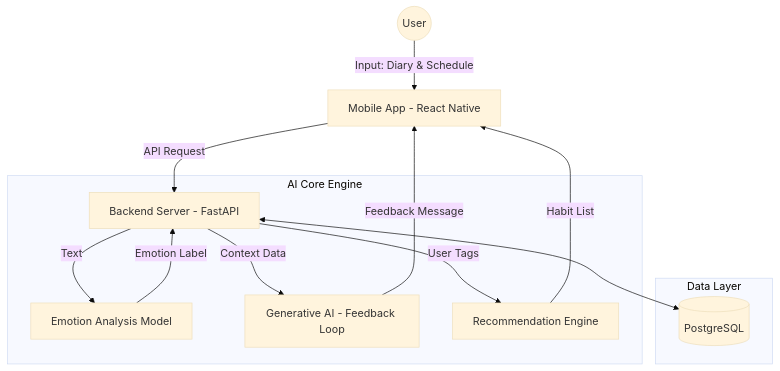
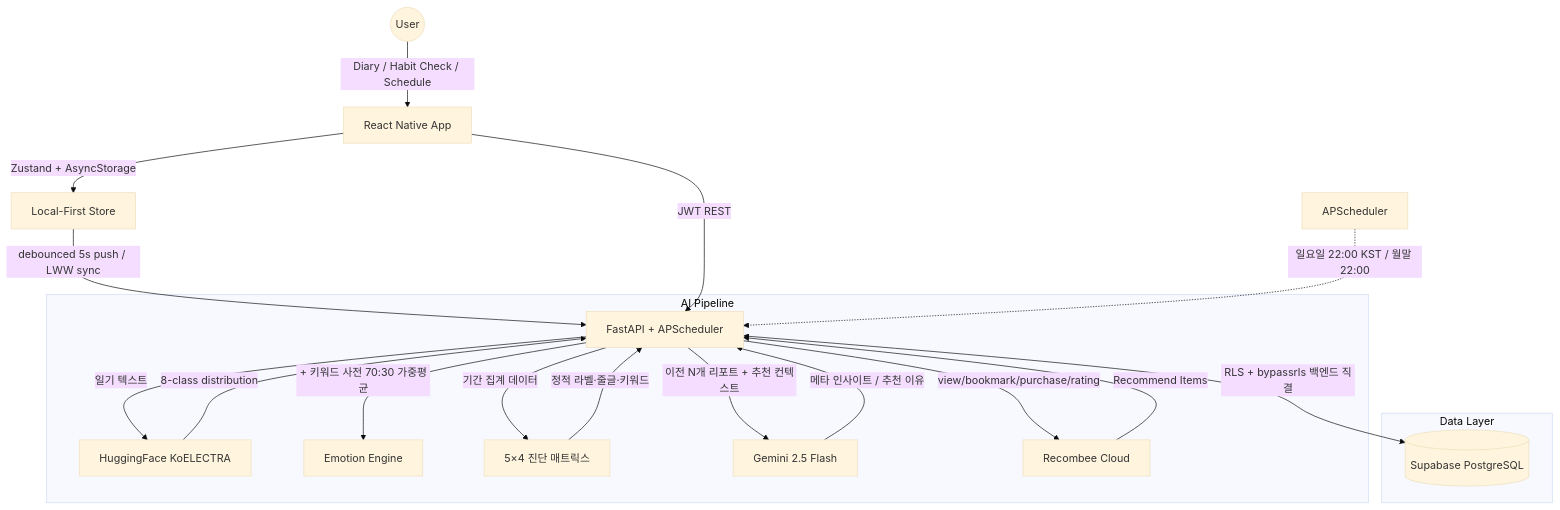
Before and after one commit to ariesYmarch/HABITS_gdProject: the diagram in README.md, drawn with Mermaid (base theme). The commit also changed other lines of this file, not shown here.

````diff
--- a/README.md
+++ b/README.md
@@ -46,19 +49,28 @@
 ```mermaid
 graph TD
-    User((User)) -->|Input: Diary & Schedule| Client[Mobile App - React Native]
-    Client -->|API Request| Server[Backend Server - FastAPI]
-    
-    subgraph "AI Core Engine"
-        Server -->|Text| KoELECTRA[Emotion Analysis Model]
-        KoELECTRA -->|Emotion Label| Server
-        Server -->|Context Data| LLM[Generative AI - Feedback Loop]
-        Server -->|User Tags| Recombee[Recommendation Engine]
+    User((User)) -->|Diary / Habit Check / Schedule| Client[React Native App]
+    Client -->|Zustand + AsyncStorage| LocalStore[Local-First Store]
+    LocalStore -->|debounced 5s push / LWW sync| Server
+
+    Client -->|JWT REST| Server[FastAPI + APScheduler]
+
+    subgraph "AI Pipeline"
+        Server -->|일기 텍스트| HF[HuggingFace KoELECTRA]
+        HF -->|8-class distribution| Server
+        Server -->|+ 키워드 사전 70:30 가중평균| EmotionEngine[Emotion Engine]
+
+        Server -->|기간 집계 데이터| Diagnosis[5×4 진단 매트릭스]
+        Diagnosis -->|정적 라벨·줄글·키워드| Server
+        Server -->|이전 N개 리포트 + 추천 컨텍스트| Gemini[Gemini 2.5 Flash]
+        Gemini -->|메타 인사이트 / 추천 이유| Server
+
+        Server -->|view/bookmark/purchase/rating| Recombee[Recombee Cloud]
+        Recombee -->|Recommend Items| Server
     end
-    
+
     subgraph "Data Layer"
-        Server <--> DB[(PostgreSQL)]
+        Server <-->|RLS + bypassrls 백엔드 직결| DB[(Supabase PostgreSQL)]
     end
-    
-    LLM -->|Feedback Message| Client
-    Recombee -->|Habit List| Client
+
+    APScheduler[APScheduler] -.->|일요일 22:00 KST / 월말 22:00| Server
 ```
````
